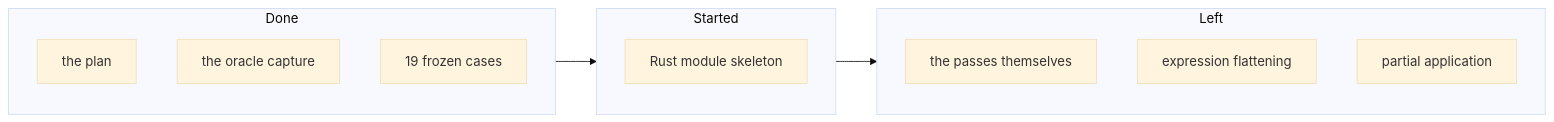
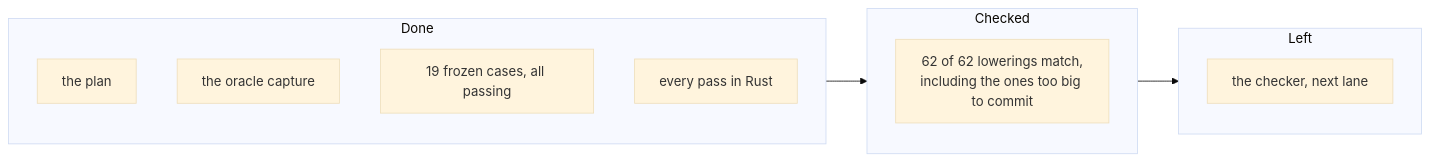
Before and after one commit to hafley66/sprefa: the third of 3 diagrams in plans/v8/2026-09-12-v8-lower.PLAN.visual.human.unga.md, drawn with Mermaid (base theme). The commit also changed other lines of this file and 17 other files, not shown here.

First line of the commit message:
feat(v8): port the DL7 lowerer to Rust, byte-parity on every fixture

````diff
--- a/plans/v8/2026-09-12-v8-lower.PLAN.visual.human.unga.md
+++ b/plans/v8/2026-09-12-v8-lower.PLAN.visual.human.unga.md
@@ -111,17 +111,16 @@
 ```mermaid
 flowchart LR
   subgraph Done
     X1["the plan"]
     X2["the oracle capture"]
-    X3["19 frozen cases"]
+    X3["19 frozen cases, all passing"]
+    X4["every pass in Rust"]
   end
-  subgraph Started
-    Y1["Rust module skeleton"]
+  subgraph Checked
+    Y1["62 of 62 lowerings match,<br/>including the ones too big to commit"]
   end
   subgraph Left
-    Z1["the passes themselves"]
-    Z2["expression flattening"]
-    Z3["partial application"]
+    Z1["the checker, next lane"]
   end
-  Done --> Started --> Left
+  Done --> Checked --> Left
 ```
````
